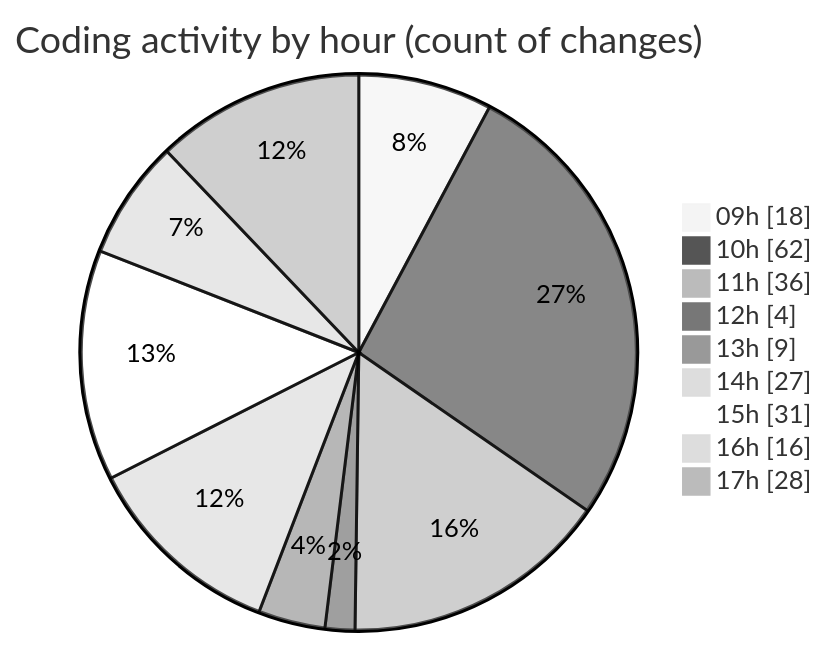
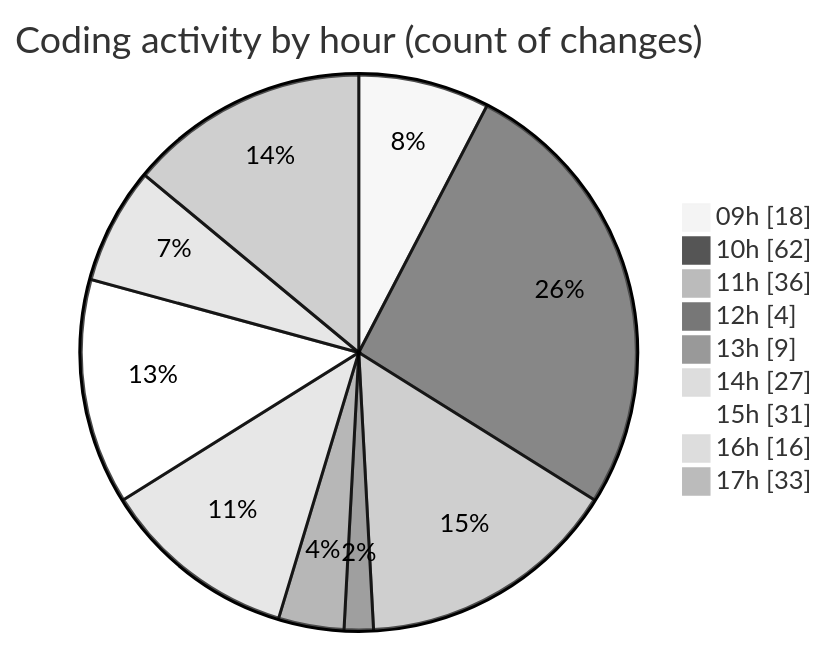
Before and after one commit to momahboobian/code-tracking: the second of 2 diagrams in 2025-07-01/cda/README.md, drawn with Mermaid (neutral theme). The commit also changed other lines of this file and 1 other file, not shown here.

````diff
--- a/2025-07-01/cda/README.md
+++ b/2025-07-01/cda/README.md
@@ -53,13 +53,13 @@
 ```mermaid
 pie showData
 title Coding activity by hour (count of changes)
 "09h" : 18
 "10h" : 62
 "11h" : 36
 "12h" : 4
 "13h" : 9
 "14h" : 27
 "15h" : 31
 "16h" : 16
-"17h" : 28
+"17h" : 33
 ```
````
